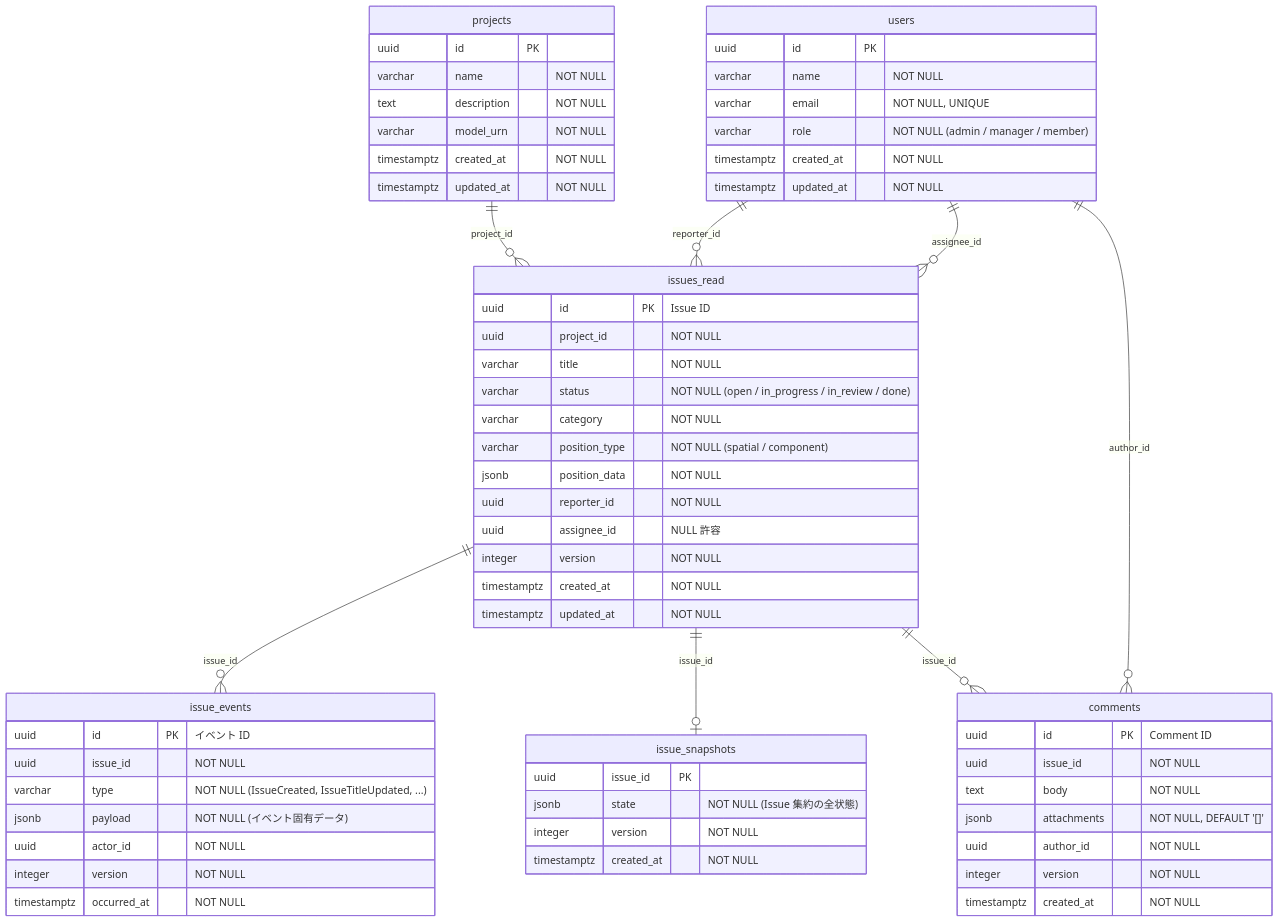
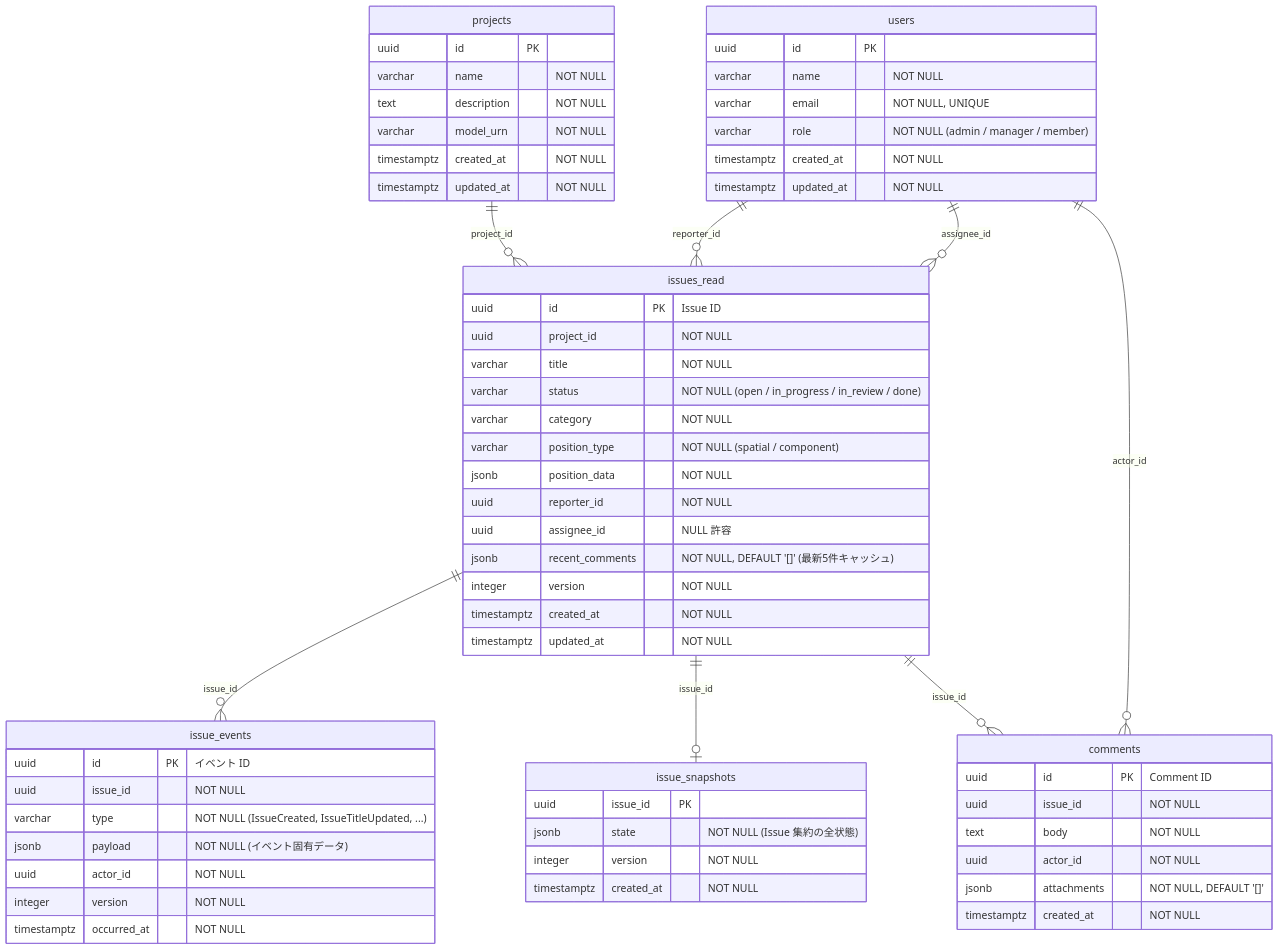
Before and after one commit to momotaro/aps-issue-manager: the second of 3 diagrams in docs/guides/domain-model.md, drawn with Mermaid. The commit also changed other lines of this file and 15 other files, not shown here.

````diff
--- a/docs/guides/domain-model.md
+++ b/docs/guides/domain-model.md
@@ -45,70 +45,70 @@
 ```mermaid
 erDiagram
     users {
         uuid id PK
         varchar name "NOT NULL"
         varchar email "NOT NULL, UNIQUE"
         varchar role "NOT NULL (admin / manager / member)"
         timestamptz created_at "NOT NULL"
         timestamptz updated_at "NOT NULL"
     }
 
     projects {
         uuid id PK
         varchar name "NOT NULL"
         text description "NOT NULL"
         varchar model_urn "NOT NULL"
         timestamptz created_at "NOT NULL"
         timestamptz updated_at "NOT NULL"
     }
 
     issue_events {
         uuid id PK "イベント ID"
         uuid issue_id "NOT NULL"
         varchar type "NOT NULL (IssueCreated, IssueTitleUpdated, ...)"
         jsonb payload "NOT NULL (イベント固有データ)"
         uuid actor_id "NOT NULL"
         integer version "NOT NULL"
         timestamptz occurred_at "NOT NULL"
     }
 
     issues_read {
         uuid id PK "Issue ID"
         uuid project_id "NOT NULL"
         varchar title "NOT NULL"
         varchar status "NOT NULL (open / in_progress / in_review / done)"
         varchar category "NOT NULL"
         varchar position_type "NOT NULL (spatial / component)"
         jsonb position_data "NOT NULL"
         uuid reporter_id "NOT NULL"
         uuid assignee_id "NULL 許容"
+        jsonb recent_comments "NOT NULL, DEFAULT '[]' (最新5件キャッシュ)"
         integer version "NOT NULL"
         timestamptz created_at "NOT NULL"
         timestamptz updated_at "NOT NULL"
     }
 
     comments {
         uuid id PK "Comment ID"
         uuid issue_id "NOT NULL"
         text body "NOT NULL"
+        uuid actor_id "NOT NULL"
         jsonb attachments "NOT NULL, DEFAULT '[]'"
-        uuid author_id "NOT NULL"
-        integer version "NOT NULL"
         timestamptz created_at "NOT NULL"
     }
 
     issue_snapshots {
         uuid issue_id PK
         jsonb state "NOT NULL (Issue 集約の全状態)"
         integer version "NOT NULL"
         timestamptz created_at "NOT NULL"
     }
 
     projects ||--o{ issues_read : "project_id"
     users ||--o{ issues_read : "reporter_id"
     users ||--o{ issues_read : "assignee_id"
     issues_read ||--o{ issue_events : "issue_id"
     issues_read ||--o| issue_snapshots : "issue_id"
     issues_read ||--o{ comments : "issue_id"
-    users ||--o{ comments : "author_id"
+    users ||--o{ comments : "actor_id"
 ```
````
